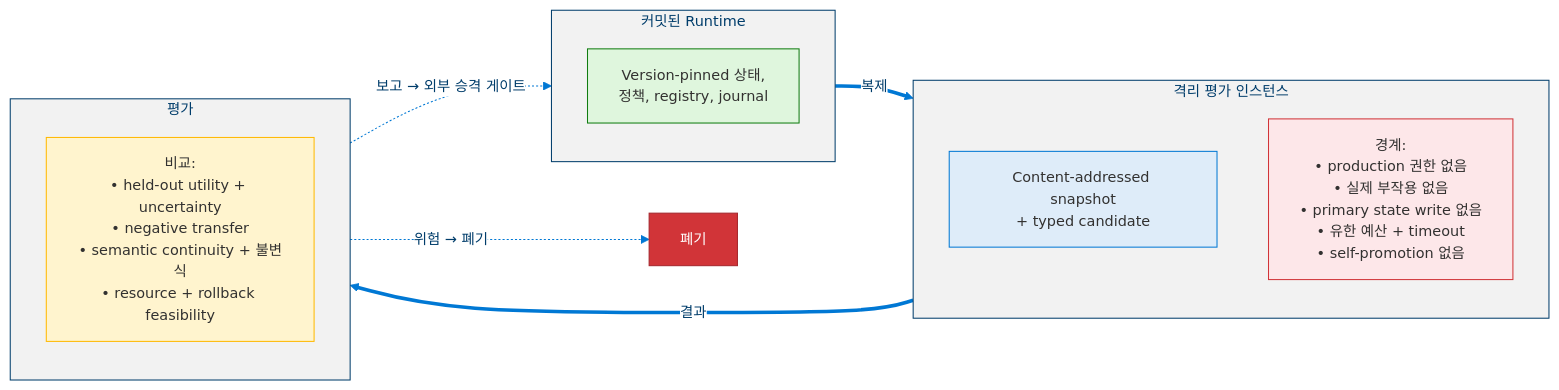
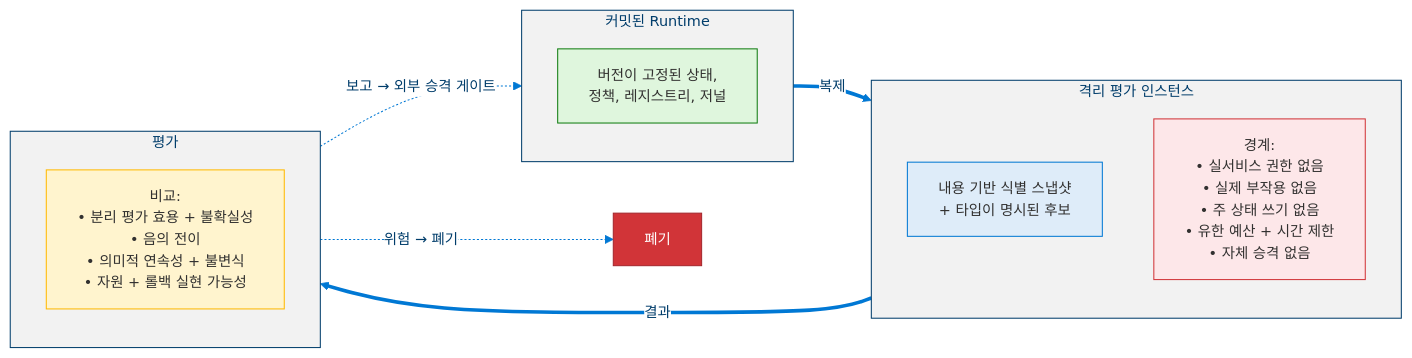
One commit to dotnetpower/mscp changed diagram 11 of 14 in docs/levels/Level_4_Adaptive_General_Agent.ko.md. Above: the diagram before and after it, drawn with Mermaid. The commit also changed other lines of this file and 33 other files, not shown here.

````diff
--- a/docs/levels/Level_4_Adaptive_General_Agent.ko.md
+++ b/docs/levels/Level_4_Adaptive_General_Agent.ko.md
@@ -646,29 +652,29 @@
 ```mermaid
 %%{init: {'theme': 'base', 'themeVariables': {'primaryColor': '#0078D4', 'primaryTextColor': '#003D6B', 'primaryBorderColor': '#003D6B', 'secondaryColor': '#50E6FF', 'secondaryTextColor': '#323130', 'secondaryBorderColor': '#00BCF2', 'tertiaryColor': '#F2F2F2', 'tertiaryTextColor': '#323130', 'lineColor': '#0078D4', 'textColor': '#323130', 'mainBkg': '#DEECF9', 'nodeBorder': '#0078D4', 'clusterBkg': '#F2F2F2', 'clusterBorder': '#003D6B', 'titleColor': '#003D6B', 'edgeLabelBackground': '#FFFFFF', 'fontSize': '14px'}}}%%
 flowchart LR
   classDef main fill:#DFF6DD,stroke:#107C10,color:#323130
   classDef shadow fill:#DEECF9,stroke:#0078D4,color:#323130
   classDef rules fill:#FDE7E9,stroke:#D13438,color:#323130
   classDef eval fill:#FFF4CE,stroke:#FFB900,color:#323130
   classDef discard fill:#D13438,stroke:#A4262C,color:#FFF
 
   subgraph MainAgent["커밋된 Runtime"]
-    MA_STATE["Version-pinned 상태,<br/>정책, registry, journal"]:::main
+    MA_STATE["버전이 고정된 상태,<br/>정책, 레지스트리, 저널"]:::main
   end
 
   subgraph ShadowInst["격리 평가 인스턴스"]
-    SA_STATE["Content-addressed snapshot<br/>+ typed candidate"]:::shadow
-    SA_RULES["경계:<br/>• production 권한 없음<br/>• 실제 부작용 없음<br/>• primary state write 없음<br/>• 유한 예산 + timeout<br/>• self-promotion 없음"]:::rules
+    SA_STATE["내용 기반 식별 스냅샷<br/>+ 타입이 명시된 후보"]:::shadow
+    SA_RULES["경계:<br/>• 실서비스 권한 없음<br/>• 실제 부작용 없음<br/>• 주 상태 쓰기 없음<br/>• 유한 예산 + 시간 제한<br/>• 자체 승격 없음"]:::rules
   end
 
   subgraph Result["평가"]
-    RES["비교:<br/>• held-out utility + uncertainty<br/>• negative transfer<br/>• semantic continuity + 불변식<br/>• resource + rollback feasibility"]:::eval
+    RES["비교:<br/>• 분리 평가 효용 + 불확실성<br/>• 음의 전이<br/>• 의미적 연속성 + 불변식<br/>• 자원 + 롤백 실현 가능성"]:::eval
   end
 
   DISCARD["폐기"]:::discard
 
   MainAgent ==>|복제| ShadowInst
   ShadowInst ==>|결과| Result
   Result -.->|"보고 → 외부 승격 게이트"| MainAgent
   Result -.->|"위험 → 폐기"| DISCARD
 ```
````
